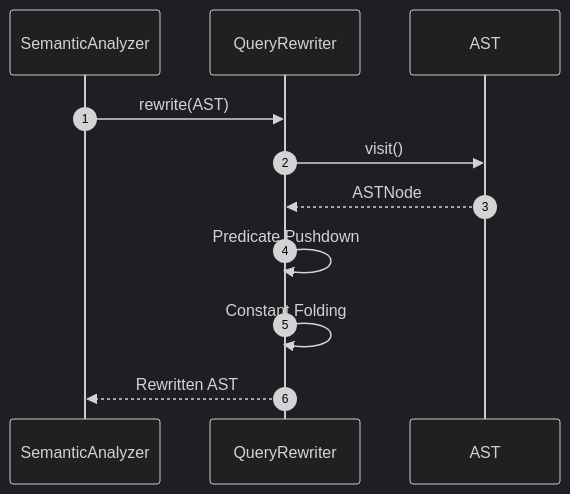
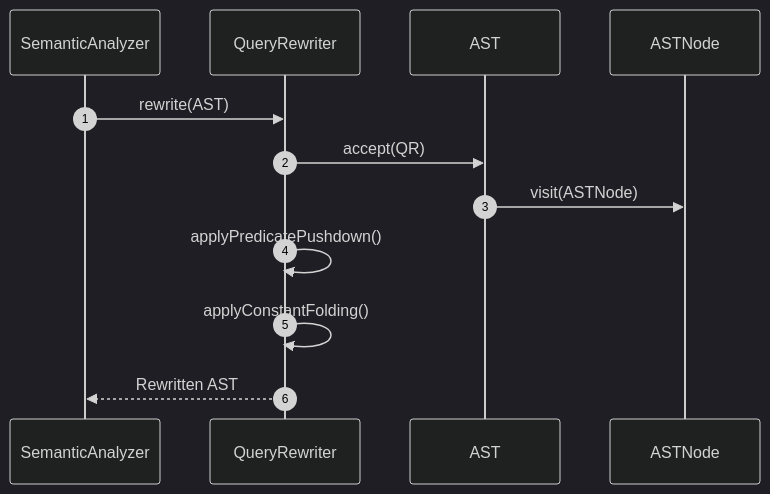
The tenth of 13 diagrams in docs/design_patterns/query_processor/Sequece.md (Dikhang1112/Database_Management_BBV), drawn with Mermaid (dark theme) before and after one commit. The commit also changed other lines of this file and 1 other file, not shown here.

````diff
--- a/docs/design_patterns/query_processor/Sequece.md
+++ b/docs/design_patterns/query_processor/Sequece.md
@@ -142,21 +301,15 @@
 ```mermaid
 sequenceDiagram
-
     autonumber
-
     participant SA as SemanticAnalyzer
     participant QR as QueryRewriter
-    participant AST
+    participant AST as AST
+    participant Node as ASTNode
 
     SA->>QR: rewrite(AST)
-
-    QR->>AST: visit()
-
-    AST-->>QR: ASTNode
-
-    QR->>QR: Predicate Pushdown
-
-    QR->>QR: Constant Folding
-
+    QR->>AST: accept(QR)
+    AST->>Node: visit(ASTNode)
+    QR->>QR: applyPredicatePushdown()
+    QR->>QR: applyConstantFolding()
     QR-->>SA: Rewritten AST
 ```
````
